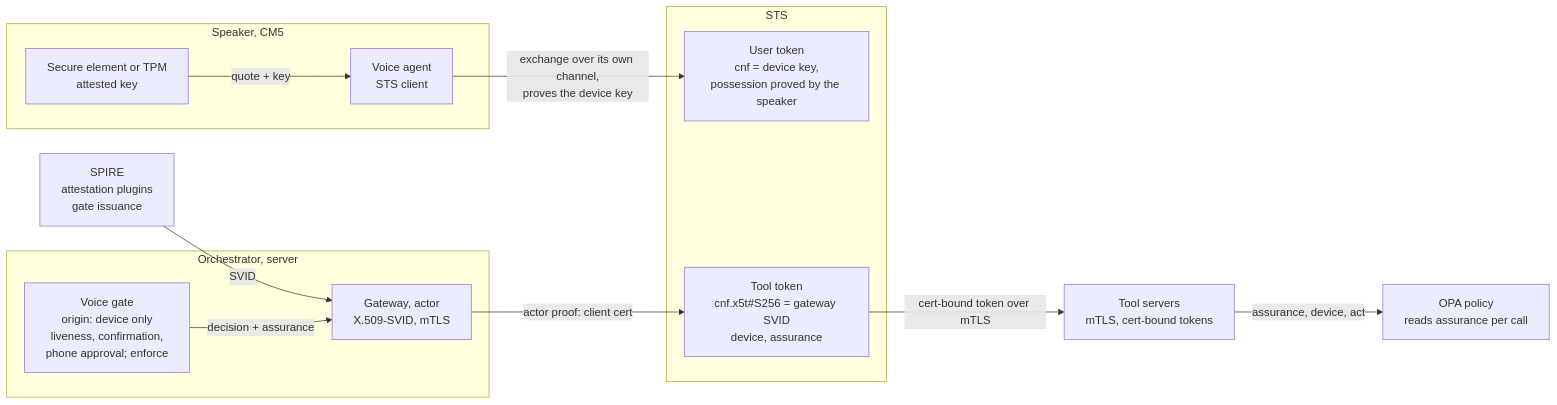
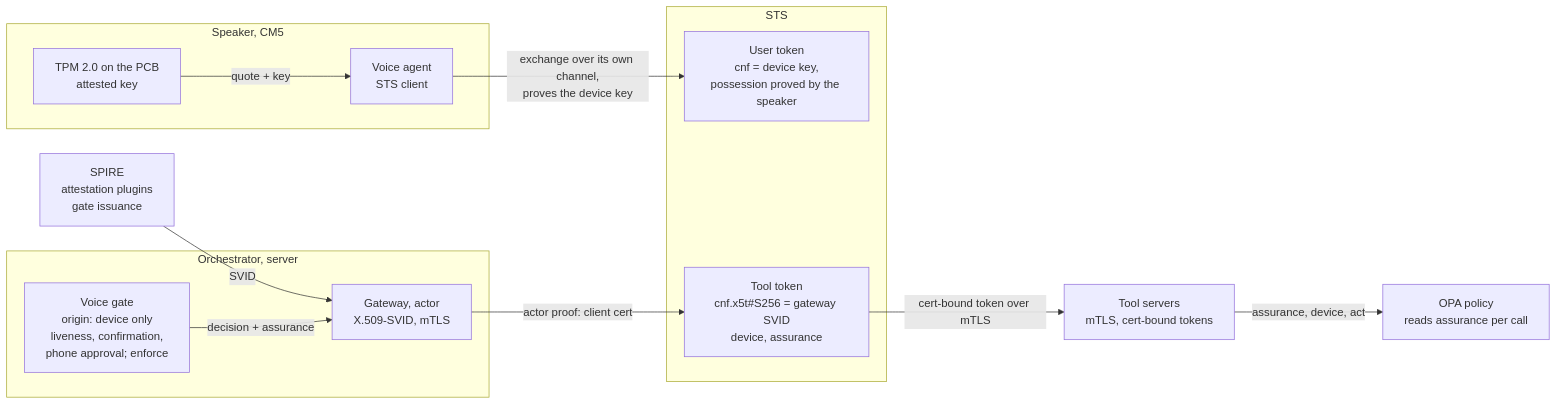
The second of 6 diagrams in security/SESSION_BINDING.md (ianisms/ai-orchestrator), drawn with Mermaid before and after one commit. The commit also changed other lines of this file and 6 other files, not shown here.

First line of the commit message:
docs: future state is a TPM 2.0 on the carrier-board PCB

````diff
--- a/security/SESSION_BINDING.md
+++ b/security/SESSION_BINDING.md
@@ -98,25 +98,25 @@
 ```mermaid
 flowchart LR
     subgraph speaker [Speaker, CM5]
-        SE[Secure element or TPM<br/>attested key]
+        SE[TPM 2.0 on the PCB<br/>attested key]
         VA[Voice agent<br/>STS client]
     end
     subgraph orch [Orchestrator, server]
         VG[Voice gate<br/>origin: device only<br/>liveness, confirmation,<br/>phone approval; enforce]
         GW[Gateway, actor<br/>X.509-SVID, mTLS]
     end
     SP[SPIRE<br/>attestation plugins<br/>gate issuance]
     subgraph sts [STS]
         UT[User token<br/>cnf = device key,<br/>possession proved by the speaker]
         TT[Tool token<br/>cnf.x5t#S256 = gateway SVID<br/>device, assurance]
     end
     OPA[OPA policy<br/>reads assurance per call]
     TS[Tool servers<br/>mTLS, cert-bound tokens]
     SE -- quote + key --> VA
     VA -- exchange over its own channel,<br/>proves the device key --> UT
     SP -- SVID --> GW
     VG -- decision + assurance --> GW
     GW -- actor proof: client cert --> TT
     TT -- cert-bound token over mTLS --> TS
     TS -- assurance, device, act --> OPA
 ```
````
